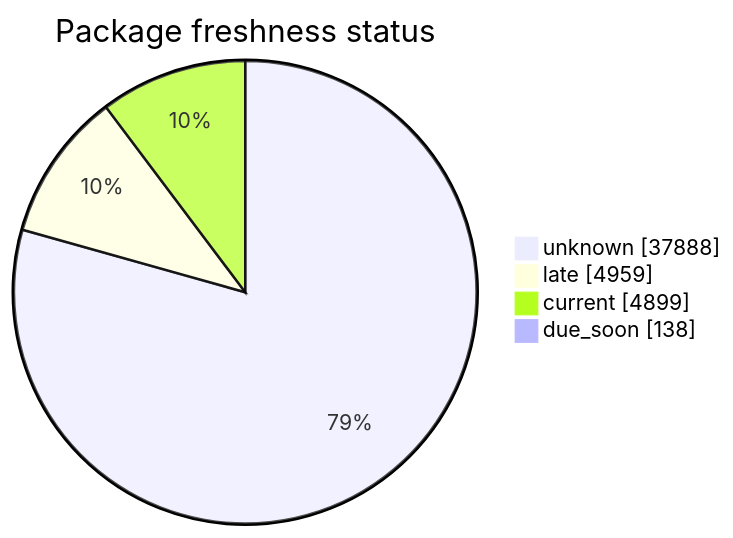
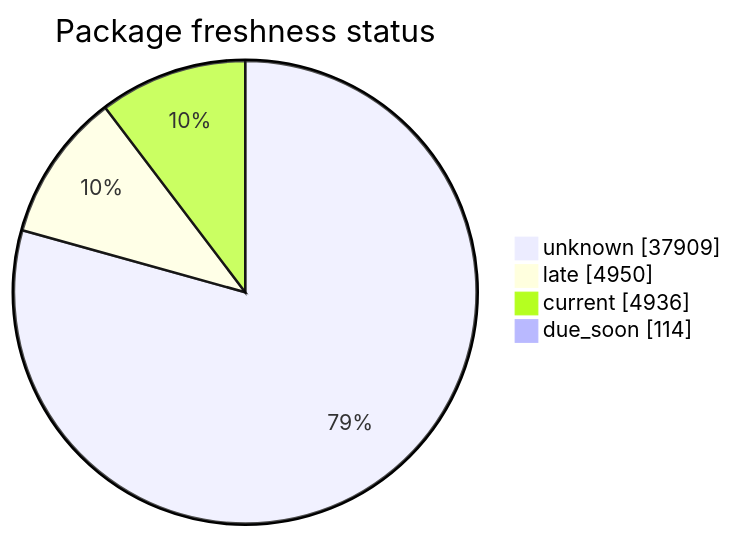
The second of 5 diagrams in FreshCheck/README.md (open-data/analytics-corporate-reporting), drawn with Mermaid before and after one commit. The commit also changed other lines of this file and 3 other files, not shown here.

````diff
--- a/FreshCheck/README.md
+++ b/FreshCheck/README.md
@@ -68,7 +68,7 @@
 ```mermaid
 pie showData title Package freshness status
-    "unknown": 37888
-    "late": 4959
-    "current": 4899
-    "due_soon": 138
+    "unknown": 37909
+    "late": 4950
+    "current": 4936
+    "due_soon": 114
 ```
````
